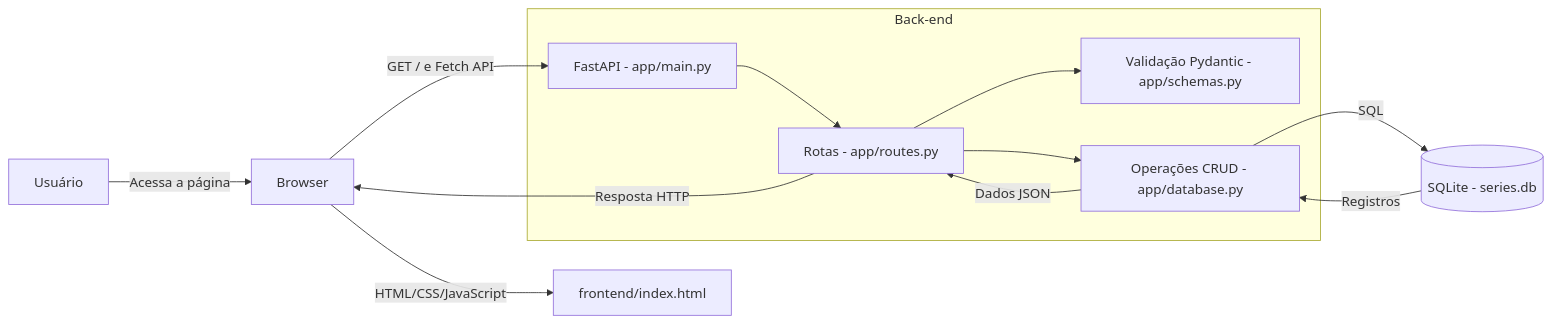
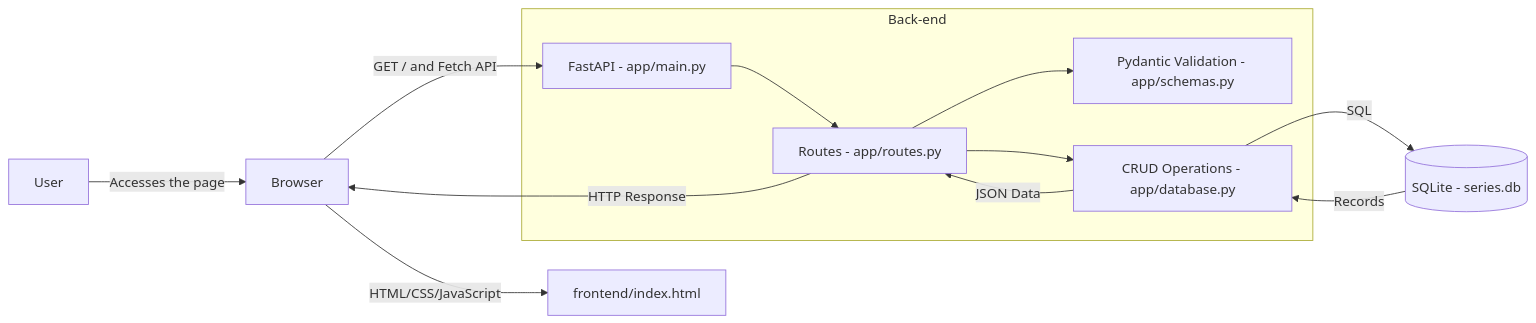
The first of 2 diagrams in README.md (JuliaLavagnini/catagolo_series), drawn with Mermaid before and after one commit. The commit also changed other lines of this file and 9 other files, not shown here.

````diff
--- a/README.md
+++ b/README.md
@@ -37,17 +37,17 @@
 ```mermaid
 flowchart LR
-    U[Usuário] -->|Acessa a página| B[Browser]
+    U[User] -->|Accesses the page| B[Browser]
     B -->|HTML/CSS/JavaScript| F[frontend/index.html]
-    B -->|GET / e Fetch API| A[FastAPI - app/main.py]
+    B -->|GET / and Fetch API| A[FastAPI - app/main.py]
 
     subgraph Back-end
-        A --> R[Rotas - app/routes.py]
-        R --> S[Validação Pydantic - app/schemas.py]
-        R --> D[Operações CRUD - app/database.py]
+        A --> R[Routes - app/routes.py]
+        R --> S[Pydantic Validation - app/schemas.py]
+        R --> D[CRUD Operations - app/database.py]
     end
 
     D -->|SQL| DB[(SQLite - series.db)]
-    DB -->|Registros| D
-    D -->|Dados JSON| R
-    R -->|Resposta HTTP| B
+    DB -->|Records| D
+    D -->|JSON Data| R
+    R -->|HTTP Response| B
 ```
````
